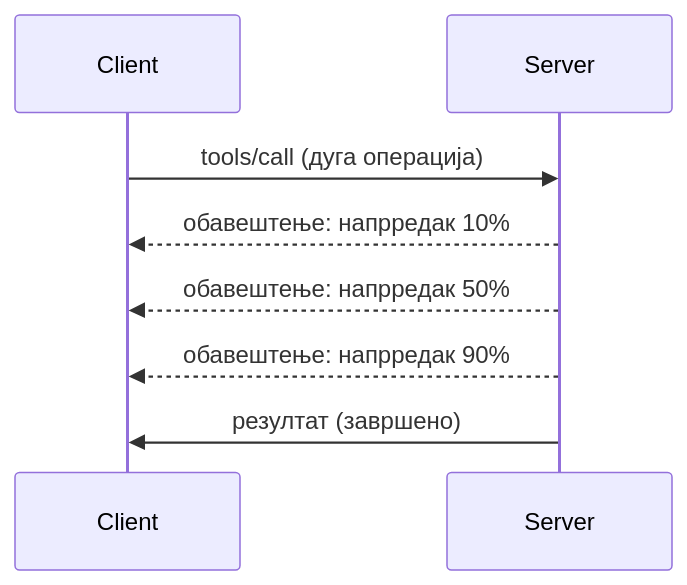
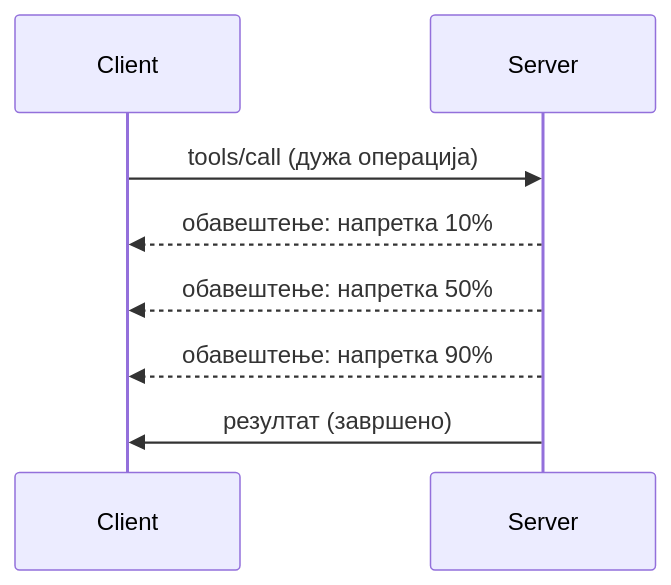
One commit to HIDORAKAI002/ai-workspace-archive changed the diagram in mcp_ecosystem__model_context_protocol/mcp_learning_resources/mcp-for-beginners/translations/sr/05-AdvancedTopics/mcp-protocol-features/README.md. Above: the diagram before and after it, drawn with Mermaid. The commit also changed other lines of this file and 1046 other files, not shown here.

````diff
--- a/mcp_ecosystem__model_context_protocol/mcp_learning_resources/mcp-for-beginners/translations/sr/05-AdvancedTopics/mcp-protocol-features/README.md
+++ b/mcp_ecosystem__model_context_protocol/mcp_learning_resources/mcp-for-beginners/translations/sr/05-AdvancedTopics/mcp-protocol-features/README.md
@@ -22,11 +24,11 @@
 ```mermaid
 sequenceDiagram
     participant Client
     participant Server
     
-    Client->>Server: tools/call (дуга операција)
-    Server-->>Client: обавештење: напрредак 10%
-    Server-->>Client: обавештење: напрредак 50%
-    Server-->>Client: обавештење: напрредак 90%
+    Client->>Server: tools/call (дужа операција)
+    Server-->>Client: обавештење: напретка 10%
+    Server-->>Client: обавештење: напретка 50%
+    Server-->>Client: обавештење: напретка 90%
     Server->>Client: резултат (завршено)
-```  
+```
````
